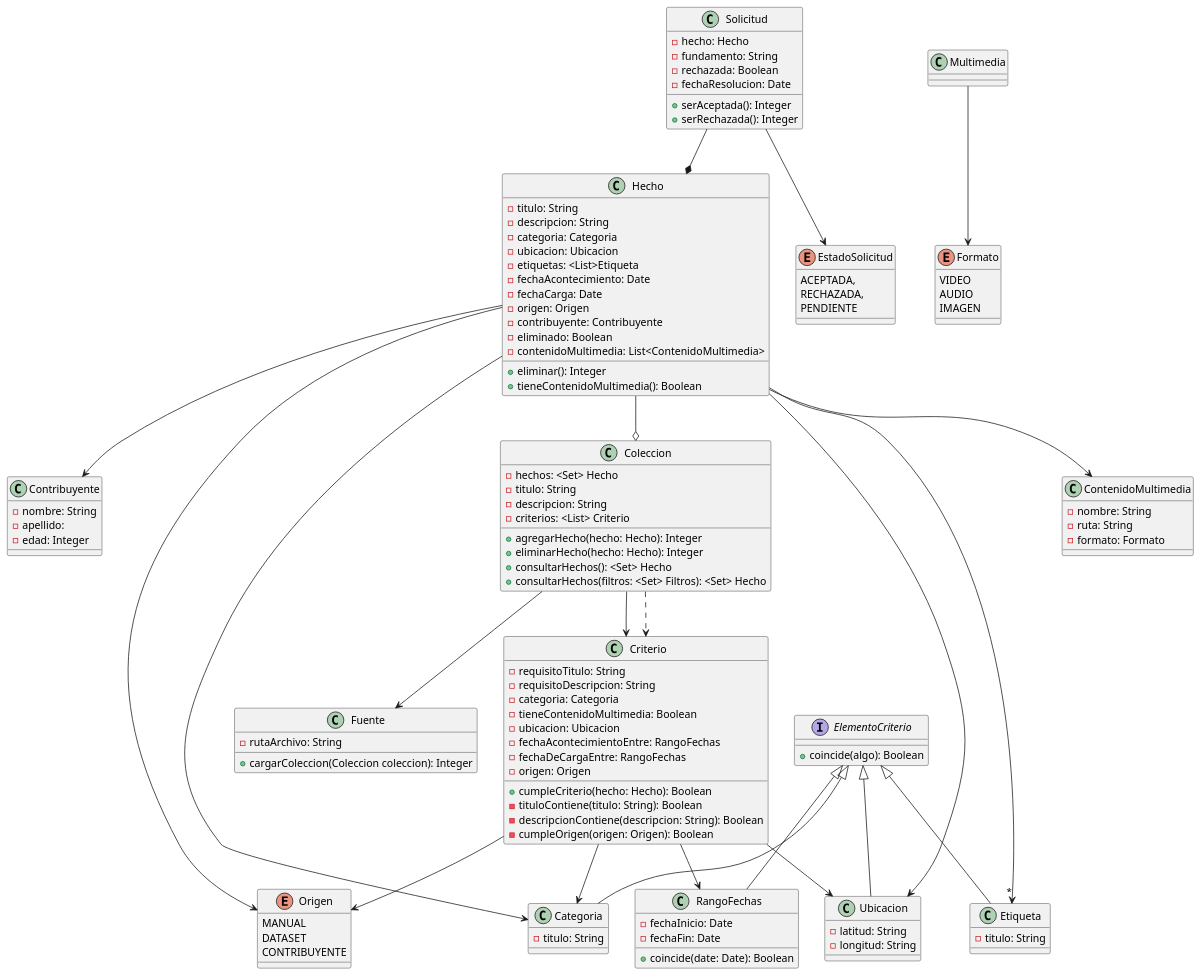
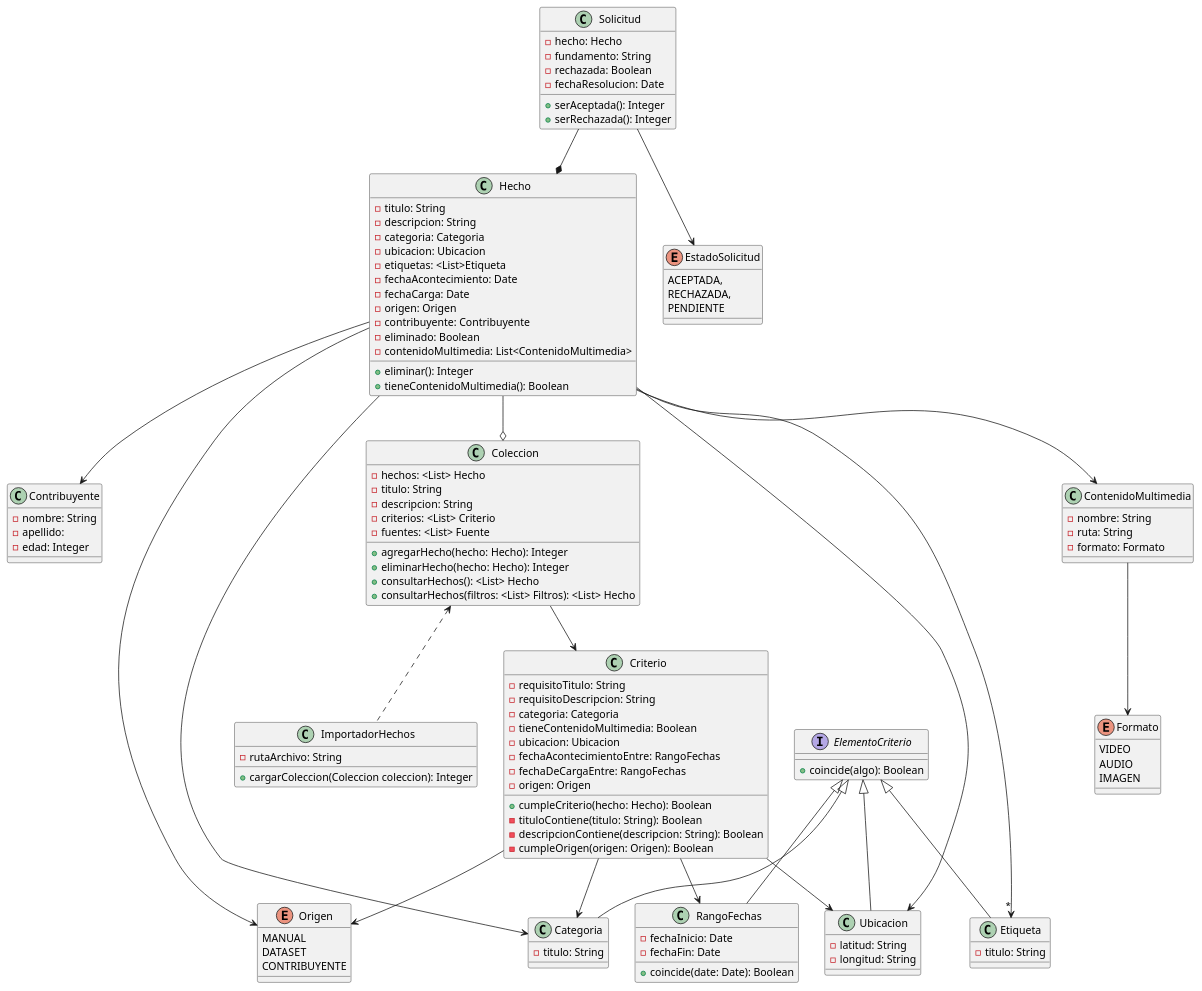
Before and after one commit to BrunoRodriguezzz/tp-dsi: the diagram in DiagramaDeClases-1°Entrega.puml, drawn with PlantUML. The commit also changed 14 other files, not shown here.

Commit message:
Mejoras en el diagrama

```diff
--- a/DiagramaDeClases-1°Entrega.puml
+++ b/DiagramaDeClases-1°Entrega.puml
@@ -1,142 +1,143 @@
 @startuml
 'Hecho
 Hecho --> Contribuyente
 Hecho --> Origen
 Hecho --> Categoria
 Hecho --> Ubicacion
 Hecho -->"*" Etiqueta
 Hecho --o Coleccion
 
 Solicitud --* Hecho
 
 Coleccion --> Criterio
-Coleccion ..> Criterio
 
 'Criterio
 Criterio --> RangoFechas
 Criterio --> Origen
 Criterio --> Categoria
 Criterio --> Ubicacion
 
 Solicitud --> EstadoSolicitud
 
 'Interface
 ElementoCriterio <|-- Ubicacion
 ElementoCriterio <|-- Categoria
 ElementoCriterio <|-- Etiqueta
 ElementoCriterio <|-- RangoFechas
 
-Multimedia --> Formato
+ContenidoMultimedia --> Formato
 Hecho --> ContenidoMultimedia
-Coleccion --> Fuente
+Coleccion <.. ImportadorHechos
 
 class Contribuyente {
     -nombre: String
     -apellido:
     -edad: Integer
 }
 
 enum EstadoSolicitud {
     ACEPTADA,
     RECHAZADA,
     PENDIENTE
 }
 
 class ContenidoMultimedia {
     -nombre: String
     -ruta: String
     -formato: Formato
 }
 
 enum Formato {
     VIDEO
     AUDIO
     IMAGEN
 }
 
 class Hecho {
     -titulo: String
     -descripcion: String
     -categoria: Categoria
     -ubicacion: Ubicacion
     -etiquetas: <List>Etiqueta
     -fechaAcontecimiento: Date
     -fechaCarga: Date
     -origen: Origen
     -contribuyente: Contribuyente
     -eliminado: Boolean
     -contenidoMultimedia: List<ContenidoMultimedia>
     +eliminar(): Integer
     +tieneContenidoMultimedia(): Boolean
 }
 
-class Fuente {
+class ImportadorHechos {
     -rutaArchivo: String
     +cargarColeccion(Coleccion coleccion): Integer
 }
 
 class Etiqueta {
     -titulo: String
 }
 
 enum Origen {
     MANUAL
     DATASET
     CONTRIBUYENTE
 }
 
 class Categoria {
     -titulo: String
 }
 
 class Ubicacion {
     -latitud: String
     -longitud: String
 }
 
 class Solicitud {
     -hecho: Hecho
     -fundamento: String
     -rechazada: Boolean
     -fechaResolucion: Date
     +serAceptada(): Integer
     +serRechazada(): Integer
 }
 
 class Coleccion {
-    -hechos: <Set> Hecho
+    -hechos: <List> Hecho
     -titulo: String
     -descripcion: String
     -criterios: <List> Criterio
+    -fuentes: <List> Fuente
     +agregarHecho(hecho: Hecho): Integer
     +eliminarHecho(hecho: Hecho): Integer
     'Solo para representar overload
-    +consultarHechos(): <Set> Hecho
-    +consultarHechos(filtros: <Set> Filtros): <Set> Hecho
+    +consultarHechos(): <List> Hecho
+    +consultarHechos(filtros: <List> Filtros): <List> Hecho
+
 }
 
 class Criterio{
     -requisitoTitulo: String
     -requisitoDescripcion: String
     -categoria: Categoria
     -tieneContenidoMultimedia: Boolean
     -ubicacion: Ubicacion
     -fechaAcontecimientoEntre: RangoFechas
     -fechaDeCargaEntre: RangoFechas
     -origen: Origen
     +cumpleCriterio(hecho: Hecho): Boolean
     -tituloContiene(titulo: String): Boolean
     -descripcionContiene(descripcion: String): Boolean
     -cumpleOrigen(origen: Origen): Boolean
 }
 
 class RangoFechas {
     -fechaInicio: Date
     -fechaFin: Date
     +coincide(date: Date): Boolean
 }
 
 interface ElementoCriterio{
     +coincide(algo): Boolean
 }
 @enduml
```
